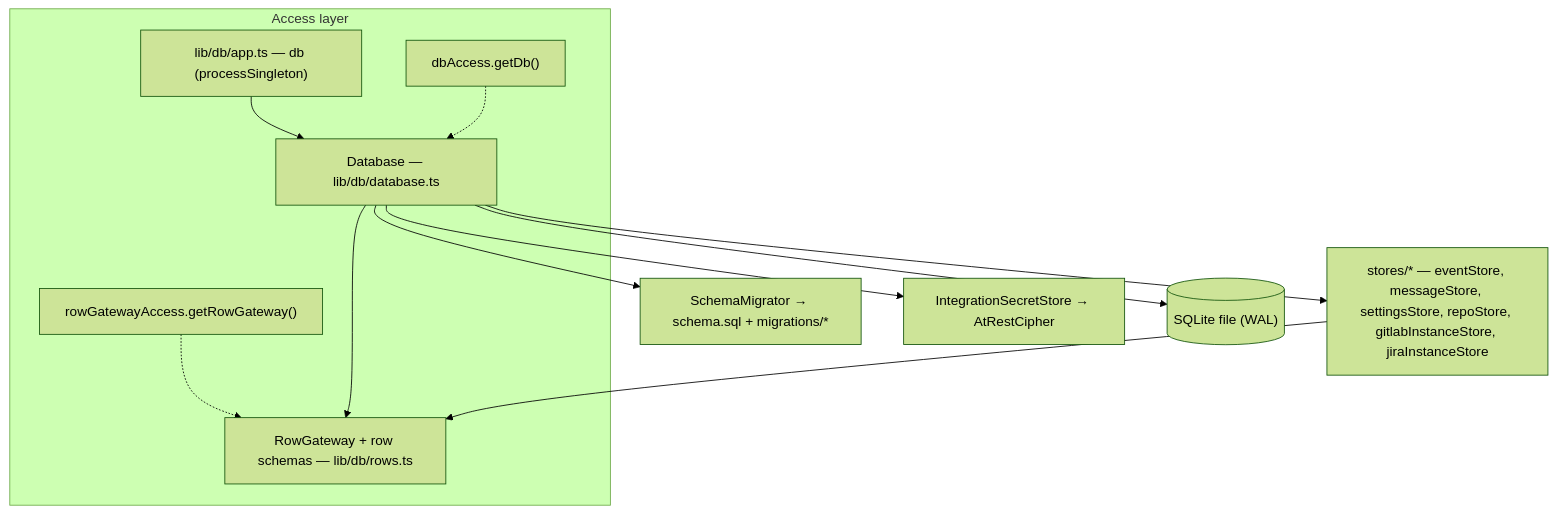
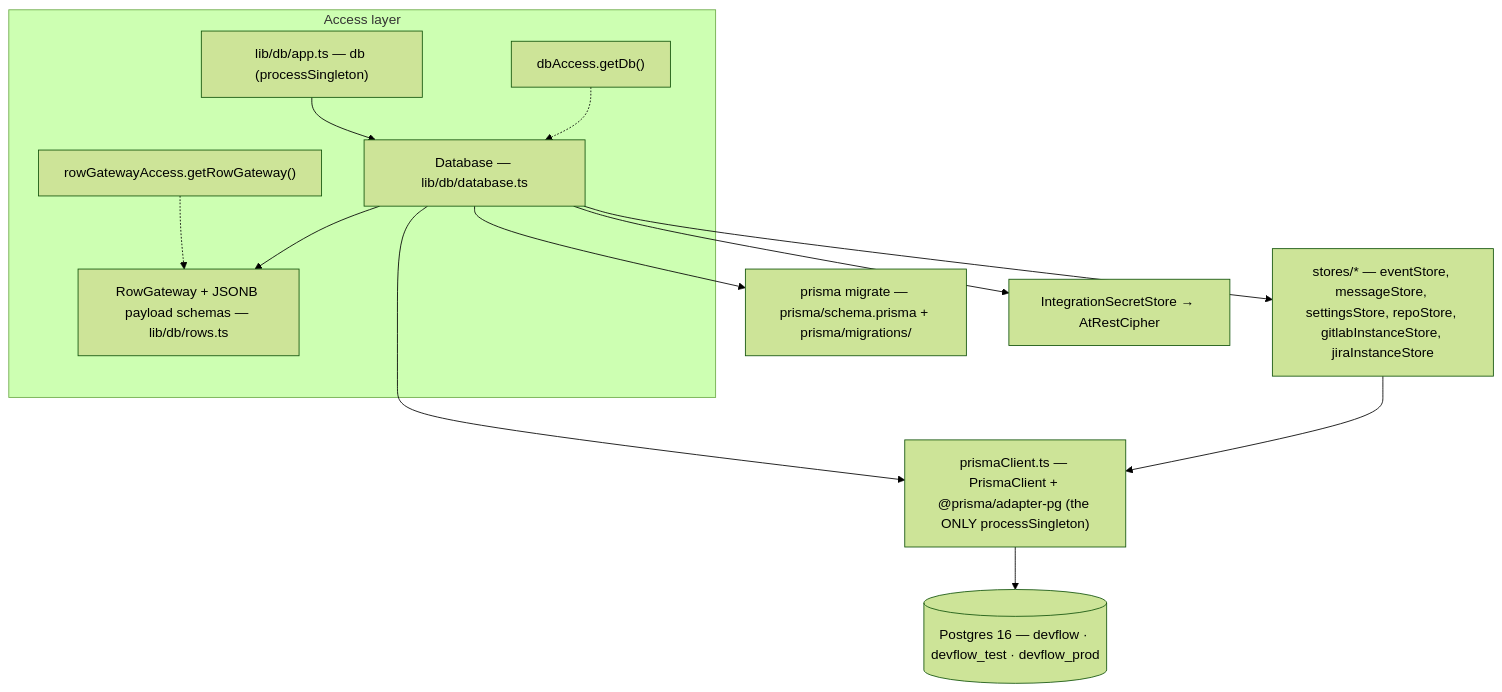
Before and after one commit to CodeThatBreak/ship: the diagram in docs/architecture/database.md, drawn with Mermaid (forest theme). The commit also changed other lines of this file and 5 other files, not shown here.

Commit message:
docs(step-01): Postgres/Prisma docs, builtin template seed migration, db:* npm scripts wiring

````diff
--- a/docs/architecture/database.md
+++ b/docs/architecture/database.md
@@ -23,14 +47,15 @@
 ```mermaid
 flowchart TD
   subgraph access [Access layer]
     APP["lib/db/app.ts — db (processSingleton)"] --> DB["Database — lib/db/database.ts"]
     DBA["dbAccess.getDb()"] -.-> DB
     RGA["rowGatewayAccess.getRowGateway()"] -.-> RG
   end
-  DB --> RG["RowGateway + row schemas — lib/db/rows.ts"]
+  DB --> PC["prismaClient.ts — PrismaClient + @prisma/adapter-pg (the ONLY processSingleton)"]
+  DB --> RG["RowGateway + JSONB payload schemas — lib/db/rows.ts"]
   DB --> ST["stores/* — eventStore, messageStore, settingsStore, repoStore, gitlabInstanceStore, jiraInstanceStore"]
-  ST --> RG
-  DB --> MIG["SchemaMigrator → schema.sql + migrations/*"]
+  ST --> PC
+  DB --> MIG["prisma migrate — prisma/schema.prisma + prisma/migrations/"]
   DB --> SEC["IntegrationSecretStore → AtRestCipher"]
-  DB --> SQL[("SQLite file (WAL)")]
+  PC --> PG[("Postgres 16 — devflow · devflow_test · devflow_prod")]
 ```
````
